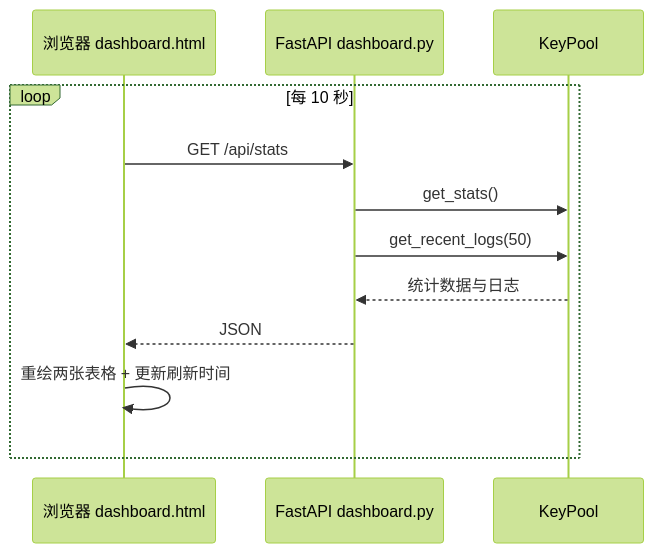
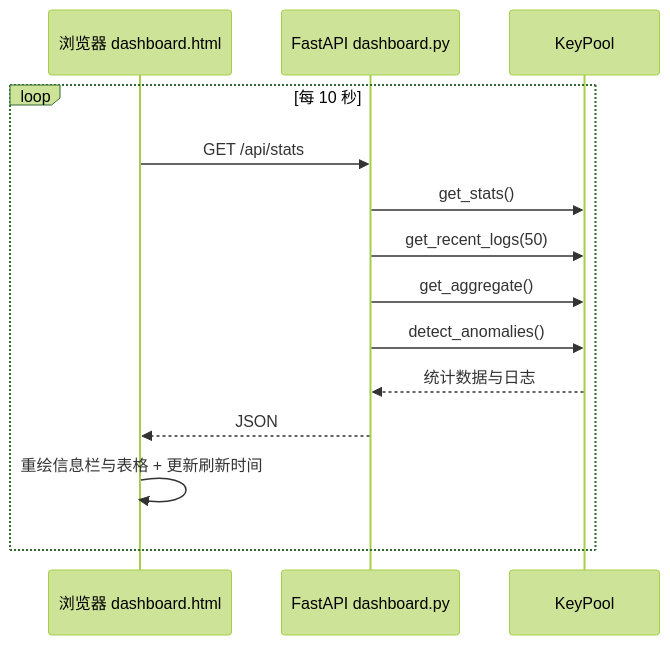
The second of 2 diagrams in docs/wiki/Web控制台/界面使用.md (zylyes/tavily-key), drawn with Mermaid (forest theme) before and after one commit. The commit also changed other lines of this file and 16 other files, not shown here.

````diff
--- a/docs/wiki/Web控制台/界面使用.md
+++ b/docs/wiki/Web控制台/界面使用.md
@@ -200,15 +235,17 @@
 ```mermaid
 sequenceDiagram
     participant Browser as 浏览器 dashboard.html
     participant API as FastAPI dashboard.py
     participant Pool as KeyPool
 
     loop 每 10 秒
         Browser->>API: GET /api/stats
         API->>Pool: get_stats()
         API->>Pool: get_recent_logs(50)
+        API->>Pool: get_aggregate()
+        API->>Pool: detect_anomalies()
         Pool-->>API: 统计数据与日志
         API-->>Browser: JSON
-        Browser->>Browser: 重绘两张表格 + 更新刷新时间
+        Browser->>Browser: 重绘信息栏与表格 + 更新刷新时间
     end
 ```
````
